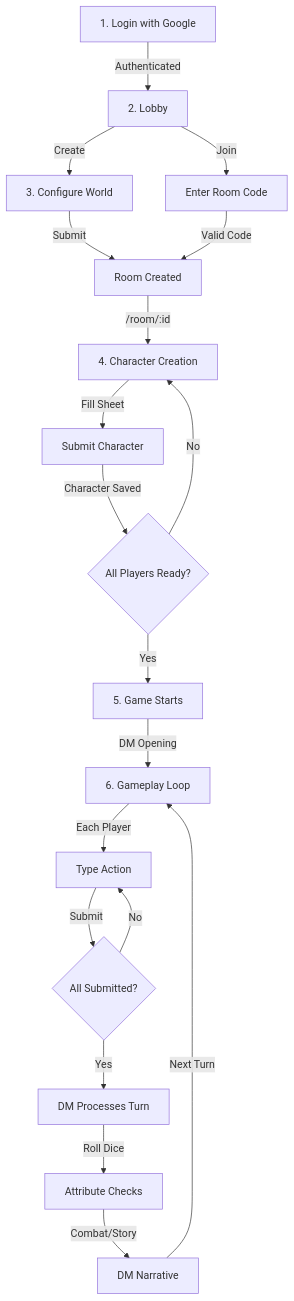
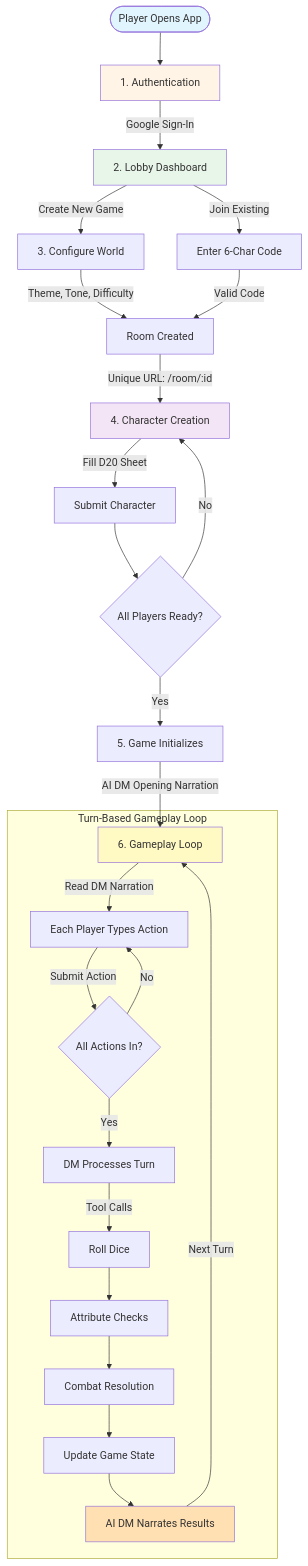
The first of 3 diagrams in README.md (lguibr/daicer), drawn with Mermaid before and after one commit. The commit also changed other lines of this file and 254 other files, not shown here.

````diff
--- a/README.md
+++ b/README.md
@@ -7,21 +78,42 @@
 ```mermaid
 graph TD
-    A[1. Login with Google] -->|Authenticated| B[2. Lobby]
-    B -->|Create| C[3. Configure World]
-    B -->|Join| D[Enter Room Code]
-    C -->|Submit| E[Room Created]
-    D -->|Valid Code| E
-    E -->|/room/:id| F[4. Character Creation]
-    F -->|Fill Sheet| G[Submit Character]
-    G -->|Character Saved| H{All Players Ready?}
-    H -->|No| F
-    H -->|Yes| I[5. Game Starts]
-    I -->|DM Opening| J[6. Gameplay Loop]
-    J -->|Each Player| K[Type Action]
-    K -->|Submit| L{All Submitted?}
-    L -->|No| K
-    L -->|Yes| M[DM Processes Turn]
-    M -->|Roll Dice| N[Attribute Checks]
-    N -->|Combat/Story| O[DM Narrative]
-    O -->|Next Turn| J
+    Start([Player Opens App]) --> Auth[1. Authentication]
+    Auth -->|Google Sign-In| Lobby[2. Lobby Dashboard]
+    
+    Lobby -->|Create New Game| WorldConfig[3. Configure World]
+    Lobby -->|Join Existing| CodeEntry[Enter 6-Char Code]
+    
+    WorldConfig -->|Theme, Tone, Difficulty| RoomCreated[Room Created]
+    CodeEntry -->|Valid Code| RoomCreated
+    
+    RoomCreated -->|Unique URL: /room/:id| CharCreate[4. Character Creation]
+    
+    CharCreate -->|Fill D20 Sheet| CharSubmit[Submit Character]
+    CharSubmit --> WaitPlayers{All Players Ready?}
+    WaitPlayers -->|No| CharCreate
+    WaitPlayers -->|Yes| GameStart[5. Game Initializes]
+    
+    GameStart -->|AI DM Opening Narration| TurnLoop[6. Gameplay Loop]
+    
+    subgraph "Turn-Based Gameplay Loop"
+        TurnLoop -->|Read DM Narration| PlayerAction[Each Player Types Action]
+        PlayerAction -->|Submit Action| CheckAll{All Actions In?}
+        CheckAll -->|No| PlayerAction
+        CheckAll -->|Yes| ProcessTurn[DM Processes Turn]
+        
+        ProcessTurn -->|Tool Calls| DiceRolls[Roll Dice]
+        DiceRolls --> AttributeChecks[Attribute Checks]
+        AttributeChecks --> CombatChecks[Combat Resolution]
+        CombatChecks --> StateUpdate[Update Game State]
+        
+        StateUpdate --> Narration[AI DM Narrates Results]
+        Narration -->|Next Turn| TurnLoop
+    end
+    
+    style Start fill:#e1f5ff
+    style Auth fill:#fff4e6
+    style Lobby fill:#e8f5e9
+    style CharCreate fill:#f3e5f5
+    style TurnLoop fill:#fff9c4
+    style Narration fill:#ffe0b2
 ```
````
